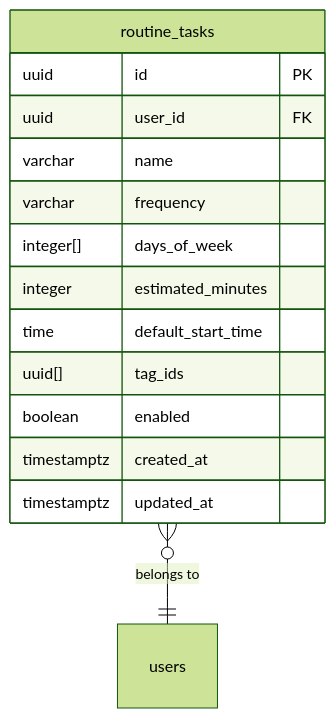
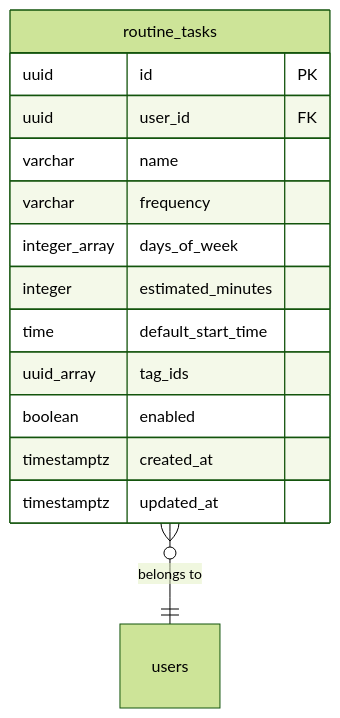
One commit to yu-min3/kensan changed the second of 3 diagrams in backend/services/routine/ARCHITECTURE.md. Above: the diagram before and after it, drawn with Mermaid (forest theme). The commit also changed other lines of this file and 117 other files, not shown here.

````diff
--- a/backend/services/routine/ARCHITECTURE.md
+++ b/backend/services/routine/ARCHITECTURE.md
@@ -40,18 +52,18 @@
 ```mermaid
 erDiagram
     routine_tasks {
         uuid id PK
         uuid user_id FK
         varchar name
         varchar frequency
-        integer[] days_of_week
+        integer_array days_of_week
         integer estimated_minutes
         time default_start_time
-        uuid[] tag_ids
+        uuid_array tag_ids
         boolean enabled
         timestamptz created_at
         timestamptz updated_at
     }
 
     routine_tasks }o--|| users : "belongs to"
 ```
````
